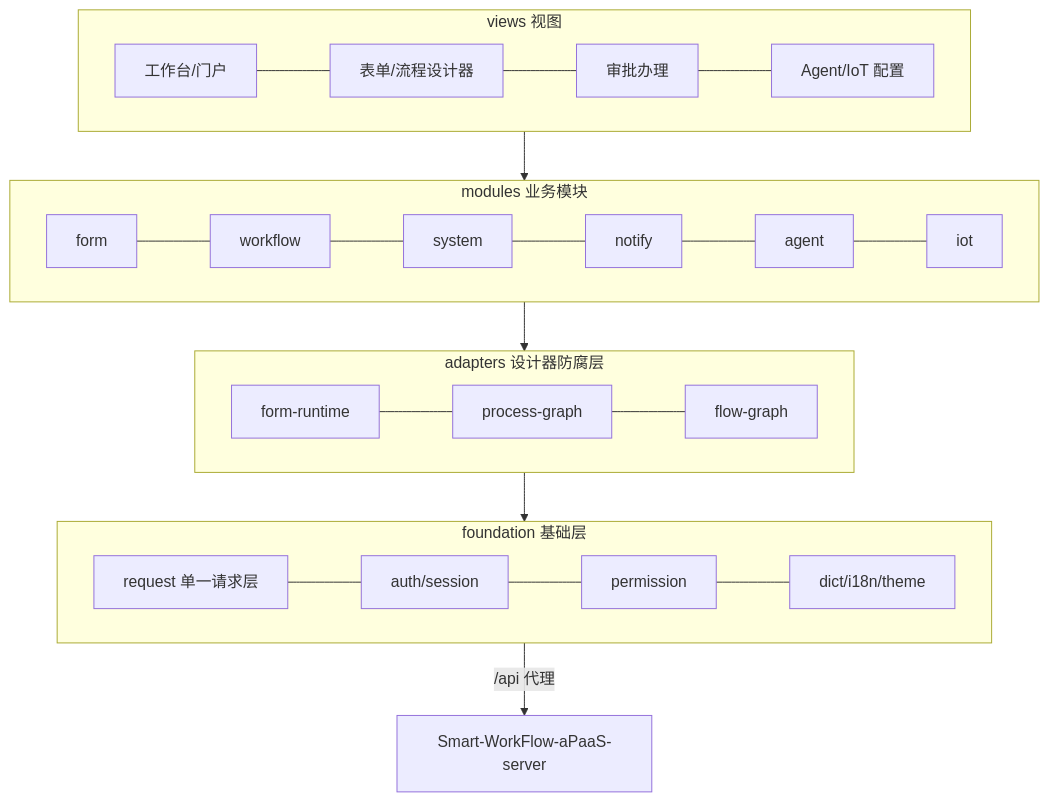
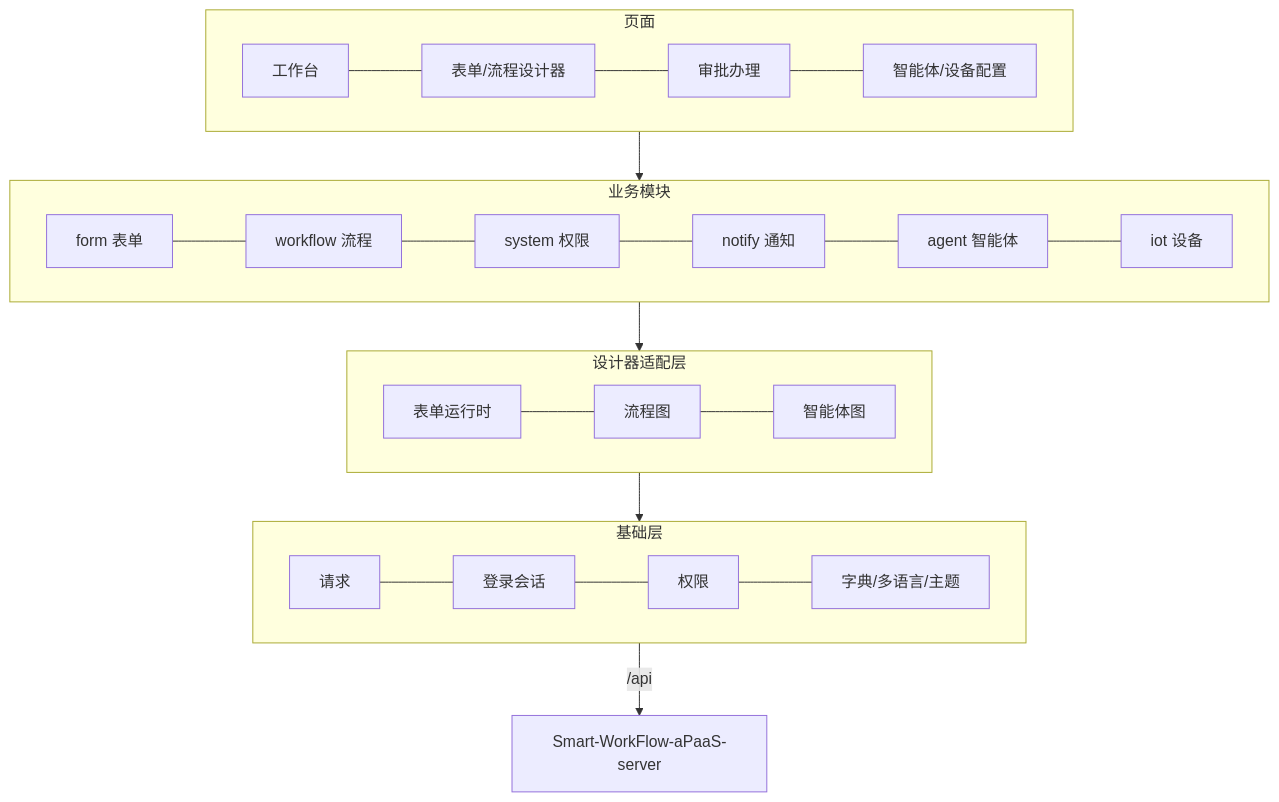
The diagram in README.md (Chikaaho/Smart-WorkFlow-aPaaS-Web), drawn with Mermaid before and after one commit. The commit also changed other lines of this file, not shown here.

````diff
--- a/README.md
+++ b/README.md
@@ -49,22 +47,22 @@
 ```mermaid
 flowchart TB
-    subgraph VIEWS[views 视图]
+    subgraph VIEWS[页面]
         direction LR
-        PORTAL[工作台/门户] --- DESIGNER[表单/流程设计器] --- TASK[审批办理] --- AGENTUI[Agent/IoT 配置]
+        PORTAL[工作台] --- DESIGNER[表单/流程设计器] --- TASK[审批办理] --- AGENTUI[智能体/设备配置]
     end
-    subgraph MODULES[modules 业务模块]
+    subgraph MODULES[业务模块]
         direction LR
-        FORM[form] --- WORKFLOW[workflow] --- SYSTEM[system] --- NOTIFY[notify] --- AGENT[agent] --- IOT[iot]
+        FORM[form 表单] --- WORKFLOW[workflow 流程] --- SYSTEM[system 权限] --- NOTIFY[notify 通知] --- AGENT[agent 智能体] --- IOT[iot 设备]
     end
-    subgraph ADAPTERS[adapters 设计器防腐层]
+    subgraph ADAPTERS[设计器适配层]
         direction LR
-        FRUNTIME[form-runtime] --- PGRAPH[process-graph] --- FGRAPH[flow-graph]
+        FRUNTIME[表单运行时] --- PGRAPH[流程图] --- FGRAPH[智能体图]
     end
-    subgraph FOUNDATION[foundation 基础层]
+    subgraph FOUNDATION[基础层]
         direction LR
-        REQUEST[request 单一请求层] --- AUTH[auth/session] --- PERM[permission] --- DICT[dict/i18n/theme]
+        REQUEST[请求] --- AUTH[登录会话] --- PERM[权限] --- DICT[字典/多语言/主题]
     end
 
     VIEWS --> MODULES --> ADAPTERS --> FOUNDATION
-    REQUEST -->|/api 代理| SERVER[Smart-WorkFlow-aPaaS-server]
+    REQUEST -->|/api| SERVER[Smart-WorkFlow-aPaaS-server]
 ```
````
